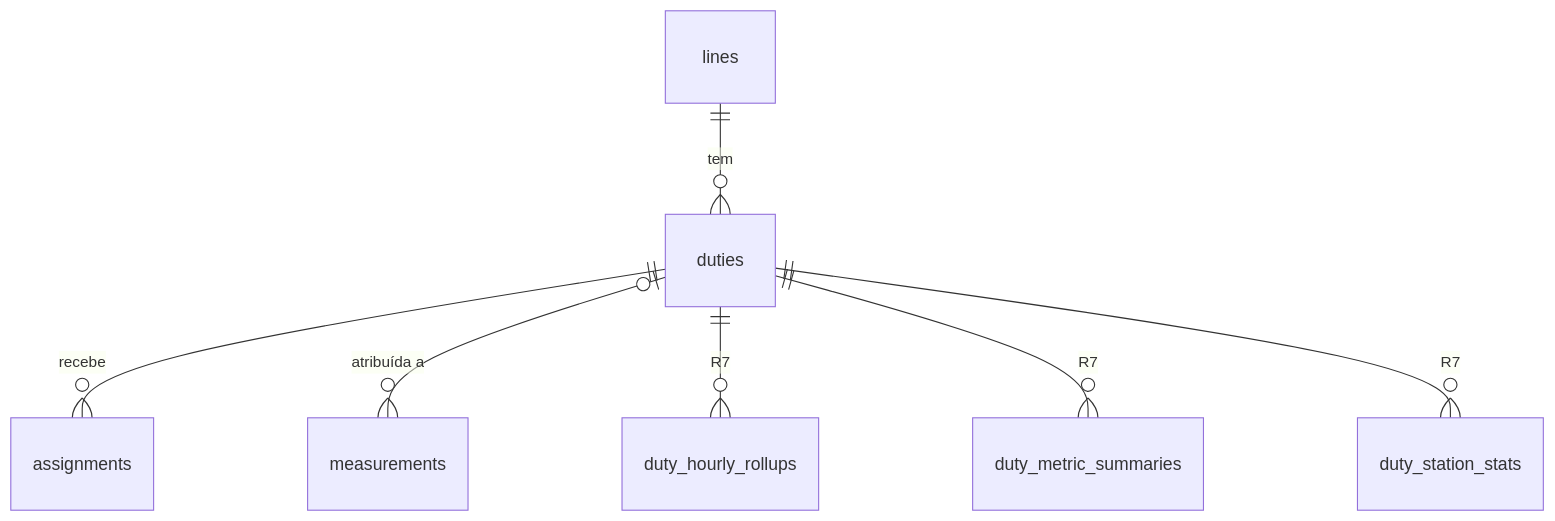
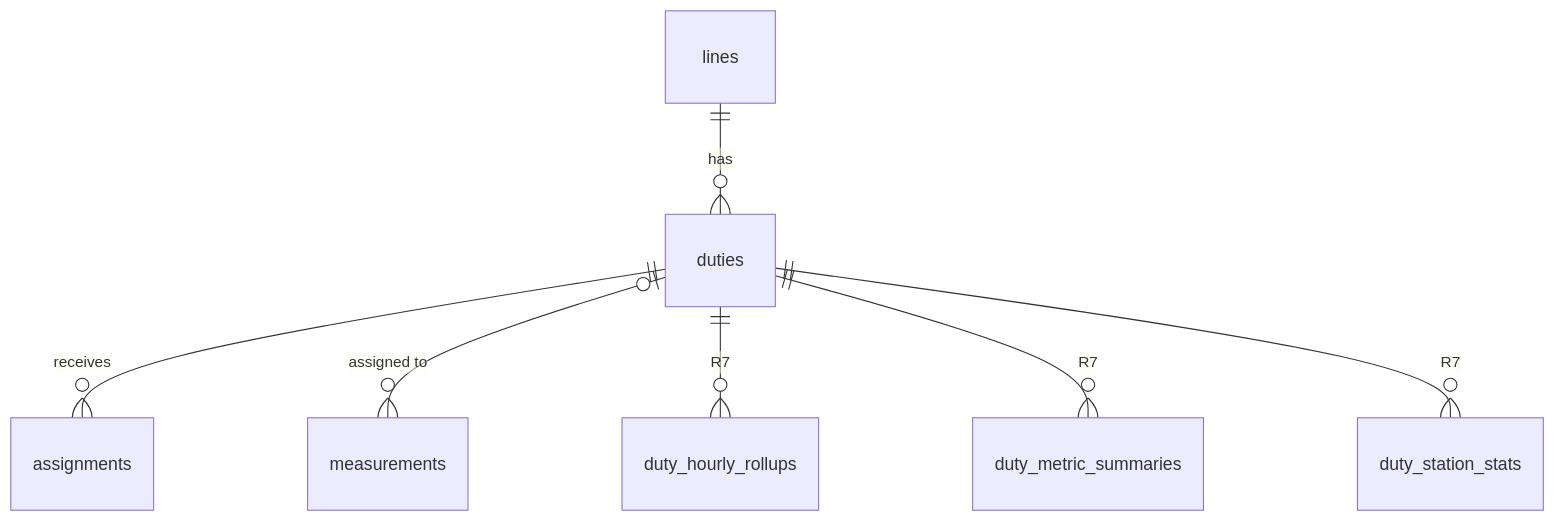
The sixth of 17 diagrams in docs/schema.md (denysbp/Railtrace), drawn with Mermaid before and after one commit. The commit also changed other lines of this file and 64 other files, not shown here.

````diff
--- a/docs/schema.md
+++ b/docs/schema.md
@@ -224,9 +224,9 @@
 ```mermaid
 erDiagram
-    lines ||--o{ duties : "tem"
-    duties ||--o{ assignments : "recebe"
-    duties |o--o{ measurements : "atribuída a"
+    lines ||--o{ duties : "has"
+    duties ||--o{ assignments : "receives"
+    duties |o--o{ measurements : "assigned to"
     duties ||--o{ duty_hourly_rollups : "R7"
     duties ||--o{ duty_metric_summaries : "R7"
     duties ||--o{ duty_station_stats : "R7"
 ```
````
